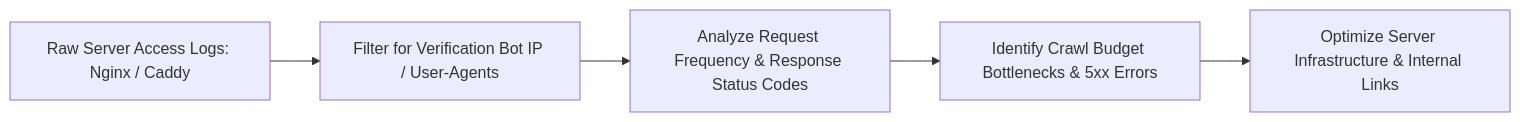
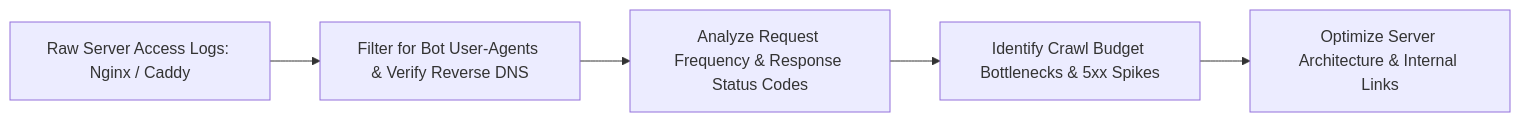
Before and after one commit to seoerai/seo: the diagram in log-file-analysis/README.md, drawn with Mermaid. The commit also changed other lines of this file and 4 other files, not shown here.

Commit message:
docs: expand Core Web Vitals, Internal Linking PageRank, Crawl Budget, Log Forensics and GSC Telemetry specs

````diff
--- a/log-file-analysis/README.md
+++ b/log-file-analysis/README.md
@@ -11,7 +11,7 @@
 ```mermaid
 flowchart LR
-    A[Raw Server Access Logs: Nginx / Caddy] --> B[Filter for Verification Bot IP / User-Agents]
+    A[Raw Server Access Logs: Nginx / Caddy] --> B[Filter for Bot User-Agents & Verify Reverse DNS]
     B --> C[Analyze Request Frequency & Response Status Codes]
-    C --> D[Identify Crawl Budget Bottlenecks & 5xx Errors]
-    D --> E[Optimize Server Infrastructure & Internal Links]
+    C --> D[Identify Crawl Budget Bottlenecks & 5xx Spikes]
+    D --> E[Optimize Server Architecture & Internal Links]
 ```
````
